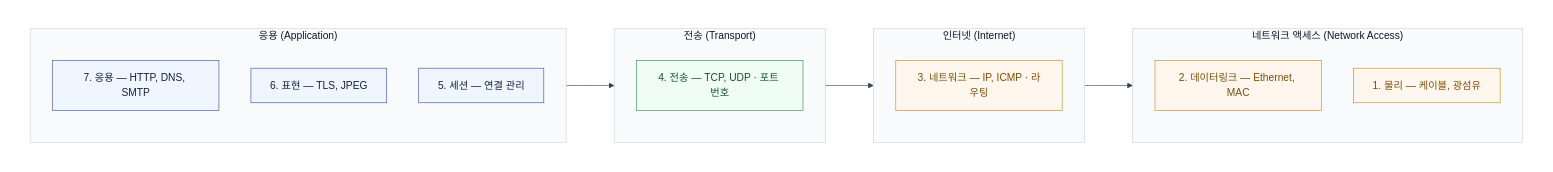
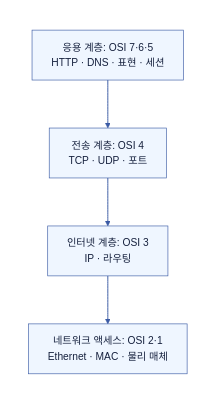
The first of 6 diagrams in computer-science/2607-network-fundamentals.md (Hyune-s-lab/my-ai-study), drawn with Mermaid before and after one commit. The commit also changed other lines of this file and 28 other files, not shown here.

Commit message:
docs: Mermaid 호환성과 문서 가독성 개선

````diff
--- a/computer-science/2607-network-fundamentals.md
+++ b/computer-science/2607-network-fundamentals.md
@@ -16,57 +16,19 @@
 ```mermaid
----
-config:
-  theme: base
-  darkMode: false
-  look: classic
-  themeVariables:
-    background: "#ffffff"
-    primaryColor: "#ffffff"
-    primaryTextColor: "#111827"
-    primaryBorderColor: "#475569"
-    lineColor: "#334155"
-    edgeLabelBackground: "#ffffff"
----
-flowchart LR
+flowchart TD
+%%{init: {"theme": "base", "darkMode": false, "themeVariables": {"background": "#ffffff", "primaryColor": "#EFF6FF", "primaryTextColor": "#16213E", "primaryBorderColor": "#3B5BA5", "secondaryColor": "#F0FDF4", "tertiaryColor": "#FAF5FF", "lineColor": "#3B5BA5", "textColor": "#16213E", "edgeLabelBackground": "#ffffff", "clusterBkg": "#F8FAFC", "clusterBorder": "#CBD5E1"}}}%%
   subgraph canvas[" "]
-    direction LR
-
-    subgraph app["응용 (Application)"]
-      direction TB
-      app7["7. 응용 — HTTP, DNS, SMTP"]
-      app6["6. 표현 — TLS, JPEG"]
-      app5["5. 세션 — 연결 관리"]
-    end
-
-    subgraph trans["전송 (Transport)"]
-      direction TB
-      trans4["4. 전송 — TCP, UDP · 포트 번호"]
-    end
-
-    subgraph net["인터넷 (Internet)"]
-      direction TB
-      net3["3. 네트워크 — IP, ICMP · 라우팅"]
-    end
-
-    subgraph access["네트워크 액세스 (Network Access)"]
-      direction TB
-      access2["2. 데이터링크 — Ethernet, MAC"]
-      access1["1. 물리 — 케이블, 광섬유"]
-    end
-
-    app --> trans --> net --> access
+    direction TD
+    app["응용 계층: OSI 7·6·5<br/>HTTP · DNS · 표현 · 세션"]
+    transport["전송 계층: OSI 4<br/>TCP · UDP · 포트"]
+    internet["인터넷 계층: OSI 3<br/>IP · 라우팅"]
+    access["네트워크 액세스: OSI 2·1<br/>Ethernet · MAC · 물리 매체"]
+    app --> transport --> internet --> access
   end
-
+  style canvas fill:#ffffff,stroke:#ffffff,color:#111827
+  linkStyle default stroke:#3B5BA5,stroke-width:1.5px
   classDef app fill:#EFF6FF,stroke:#3B5BA5,stroke-width:1px,color:#16213E
-  classDef db fill:#F0FDF4,stroke:#3F8E55,stroke-width:1px,color:#14532D
-  classDef ctrl fill:#FFF7ED,stroke:#C98A2B,stroke-width:1px,color:#7A4E0A
-  class app7,app6,app5 app
-  class trans4 db
-  class net3 ctrl
-  class access2,access1 ctrl
-  style app fill:#F8FAFC,stroke:#CBD5E1,stroke-width:1px,color:#111827
-  style trans fill:#F8FAFC,stroke:#CBD5E1,stroke-width:1px,color:#111827
-  style net fill:#F8FAFC,stroke:#CBD5E1,stroke-width:1px,color:#111827
-  style access fill:#F8FAFC,stroke:#CBD5E1,stroke-width:1px,color:#111827
-  style canvas fill:#ffffff,stroke:#ffffff,stroke-width:0px,color:#111827
+  class app,transport,internet,access app
+  classDef db fill:#F0FDF4,stroke:#3F8E55,stroke-width:1px,color:#16213E
+  classDef policy fill:#FAF5FF,stroke:#A855F7,stroke-width:1px,color:#16213E
+  classDef worker fill:#FFF7ED,stroke:#C98A2B,stroke-width:1px,color:#16213E
 ```
````
